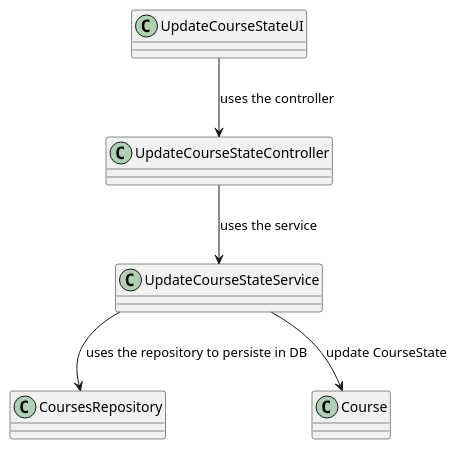
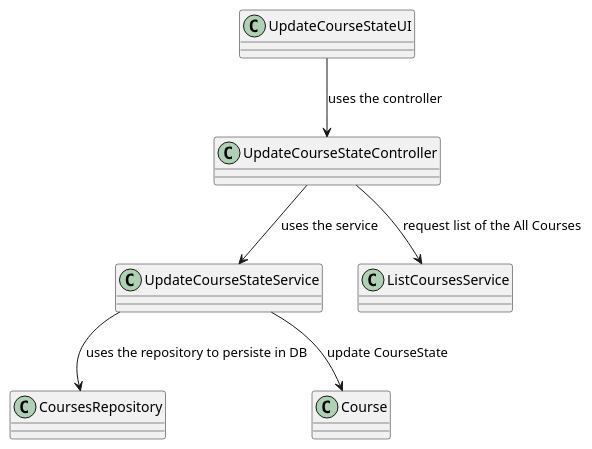
One commit to mascenso/isep-sem4-lapr4 changed the diagram in docs/SPRINT B/US1004/Class_Diagram.puml. Above: the diagram before and after it, drawn with PlantUML. The commit also changed 11 other files, not shown here.

```diff
--- a/docs/SPRINT B/US1004/Class_Diagram.puml
+++ b/docs/SPRINT B/US1004/Class_Diagram.puml
@@ -1,29 +1,30 @@
 @startuml
 'https://plantuml.com/class-diagram
 
 class UpdateCourseStateUI  {
 
 }
 
 class UpdateCourseStateController {
 
 }
 
 class UpdateCourseStateService {
 }
 
 class CoursesRepository {
 
 }
 
 class Course {
 
 }
 
 UpdateCourseStateUI -down-> UpdateCourseStateController: uses the controller
 UpdateCourseStateController --> UpdateCourseStateService: uses the service
 UpdateCourseStateService --> CoursesRepository: uses the repository to persiste in DB
 UpdateCourseStateService --> Course: update CourseState
+UpdateCourseStateController --> ListCoursesService: request list of the All Courses
 
 
 @enduml
```
